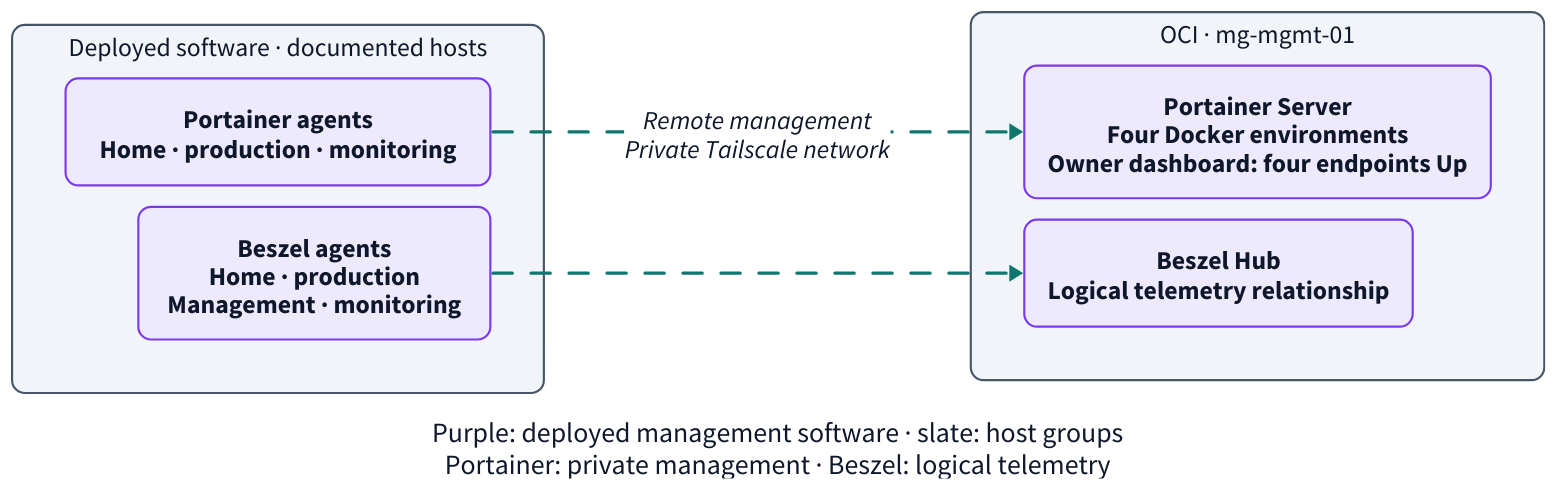
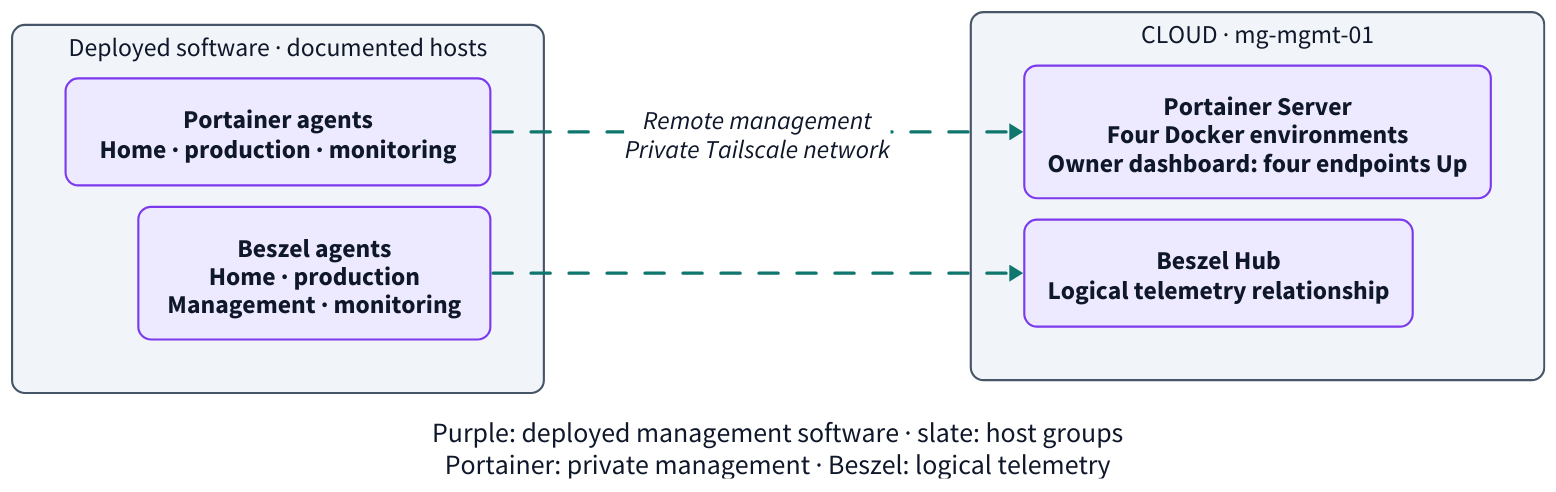
Before and after one commit to matteo-genovese/mg-lab: the diagram in diagrams/src/management-architecture.d2, drawn with D2. The commit also changed 32 other files, not shown here.

```diff
--- a/diagrams/src/management-architecture.d2
+++ b/diagrams/src/management-architecture.d2
@@ -1,36 +1,36 @@
 direction: right
 vars: {d2-config: {layout-engine: elk; theme-id: 0}}
 **.style.font-size: 24
 **.style.font-color: "#0f172a"
 **.style.border-radius: 12
 classes: {
   default: {style: {fill: "#f1f5f9"; stroke: "#475569"; font-color: "#0f172a"; font-size: 24; border-radius: 12}}
   control: {style.fill: "#ede9fe"; style.stroke: "#7c3aed"}
   monitor: {style.fill: "#d1fae5"; style.stroke: "#047857"}
   overlay: {style.fill: "#ccfbf1"; style.stroke: "#0f766e"}
   caveat: {style.fill: "#fef3c7"; style.stroke: "#b45309"}
   planned: {style.fill: "#fef3c7"; style.stroke: "#b45309"; style.stroke-dash: 6}
   public: {style.stroke: "#047857"; style.stroke-width: 3; style.font-size: 24; style.font-color: "#0f172a"}
   private: {style.stroke: "#0f766e"; style.stroke-width: 3; style.stroke-dash: 6; style.font-size: 24; style.font-color: "#0f172a"}
   flow: {style.stroke: "#475569"; style.stroke-width: 2; style.font-size: 24; style.font-color: "#0f172a"}
   uncertain: {style.stroke: "#b45309"; style.stroke-dash: 6; style.font-size: 24; style.font-color: "#0f172a"}
 }
 agents: "Deployed software · documented hosts" {
   class: default
   portainer: "Portainer agents\nHome · production · monitoring" {class: control}
   beszel: "Beszel agents\nHome · production\nManagement · monitoring" {class: control}
 }
-oci: "OCI · mg-mgmt-01" {
+cloud: "CLOUD · mg-mgmt-01" {
   class: default
   server: "Portainer Server\nFour Docker environments\nOwner dashboard: four endpoints Up" {class: control}
   hub: "Beszel Hub\nLogical telemetry relationship" {class: control}
 }
-agents.portainer -> oci.server: "Remote management\nPrivate Tailscale network" {class: private}
-agents.beszel -> oci.hub: {class: private}
+agents.portainer -> cloud.server: "Remote management\nPrivate Tailscale network" {class: private}
+agents.beszel -> cloud.hub: {class: private}
 
 legend: "Purple: deployed management software · slate: host groups\nPortainer: private management · Beszel: logical telemetry" {
   shape: text
   near: bottom-center
   style.font-size: 26
   style.font-color: "#0f172a"
 }
```
